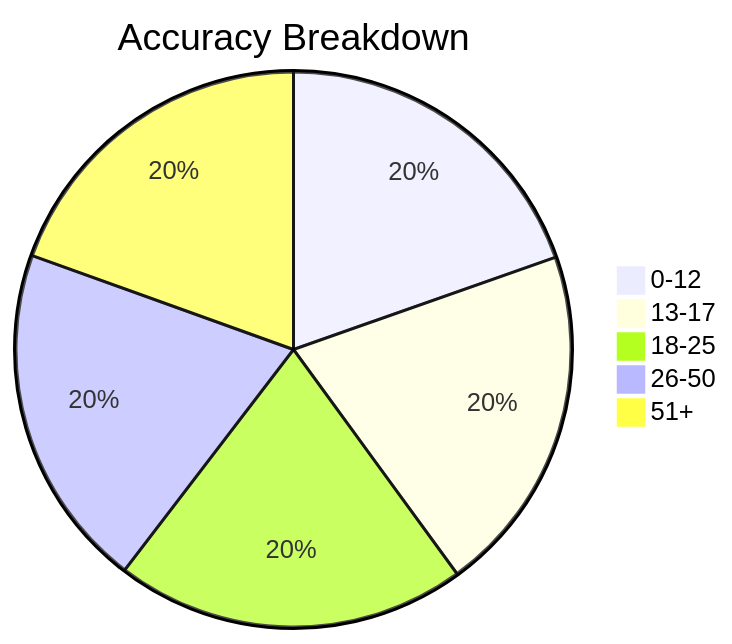
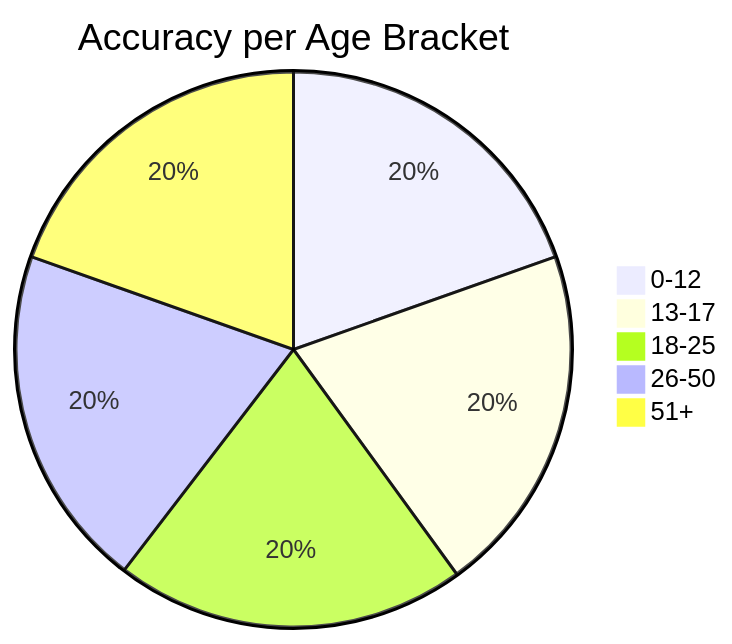
The first of 2 diagrams in README.md (BetterAgeVerify/BetterAgeVerify), drawn with Mermaid before and after one commit. The commit also changed other lines of this file, not shown here.

````diff
--- a/README.md
+++ b/README.md
@@ -123,8 +83,9 @@
 ```mermaid
-pie title Accuracy Breakdown
-    "0-12" : 94.2
-    "13-17" : 97.8
-    "18-25" : 98.1
-    "26-50" : 96.5
-    "51+" : 93.7
+pie title Accuracy per Age Bracket
+    "0-12" : 94
+    "13-17" : 98
+    "18-25" : 98
+    "26-50" : 96
+    "51+" : 94
+
 ```
````
